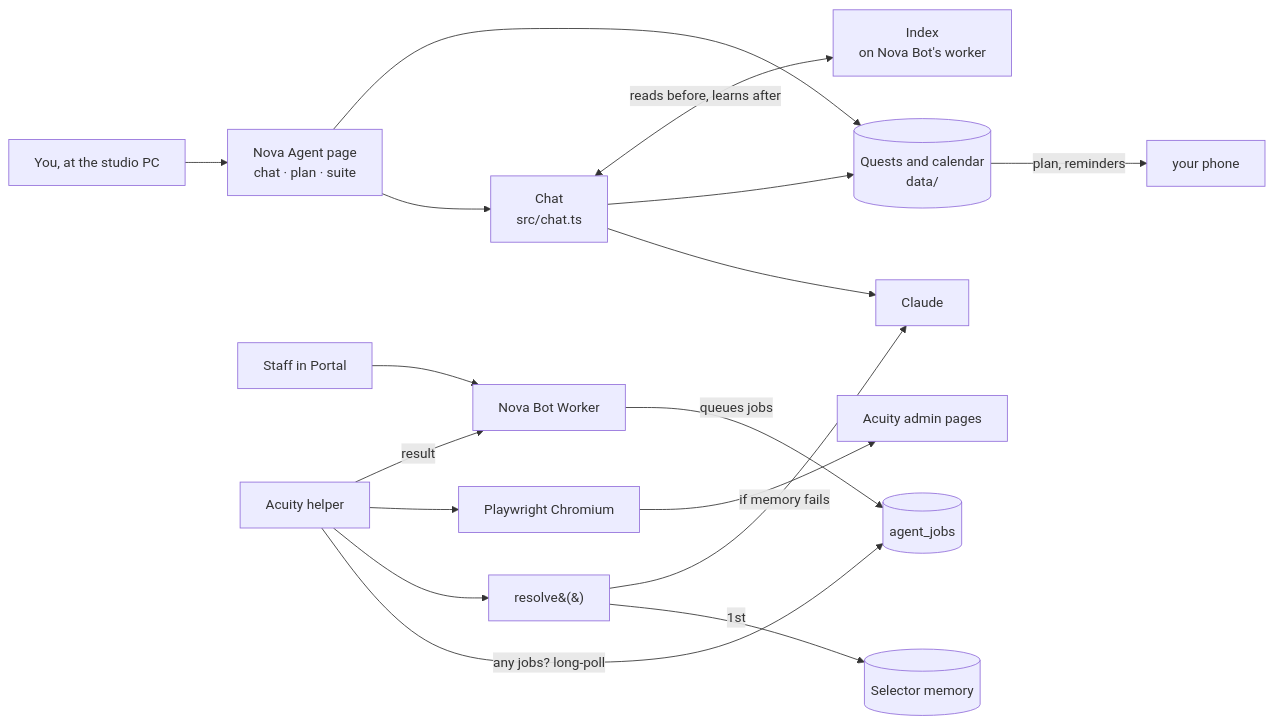
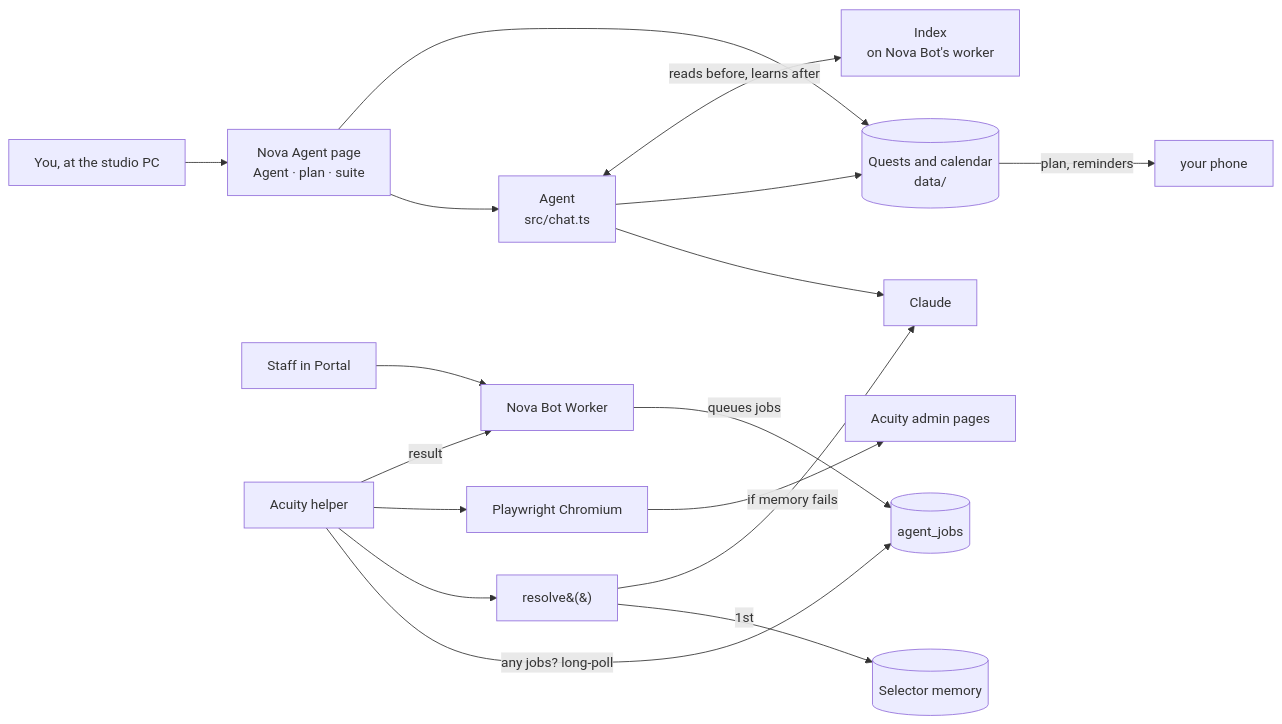
The diagram in README.md (tuniveza/nova-agent), drawn with Mermaid before and after one commit. The commit also changed other lines of this file and 11 other files, not shown here.

First line of the commit message:
Nova Agent: "Chat" is now "Agent" everywhere you see it

````diff
--- a/README.md
+++ b/README.md
@@ -461,16 +461,16 @@
 ```mermaid
 flowchart LR
-    You[You, at the studio PC] --> UI[Nova Agent page<br/>chat · plan · suite]
-    UI --> Chat[Chat<br/>src/chat.ts] --> Claude[Claude]
+    You[You, at the studio PC] --> UI[Nova Agent page<br/>Agent · plan · suite]
+    UI --> Chat[Agent<br/>src/chat.ts] --> Claude[Claude]
     Chat --> Q[(Quests and calendar<br/>data/)]
     UI --> Q
     Chat <-->|reads before, learns after| NI[Index<br/>on Nova Bot's worker]
     Q -->|plan, reminders| Phone[your phone]
     S[Staff in Portal] --> NB[Nova Bot Worker]
     NB -->|queues jobs| J[(agent_jobs)]
     NA[Acuity helper] -->|"any jobs?" long-poll| J
     NA --> R[resolve&#40;&#41;] -->|1st| M[(Selector memory)]
     R -->|if memory fails| Claude
     NA --> B[Playwright Chromium] --> A[Acuity admin pages]
     NA -->|result| NB
 ```
````
